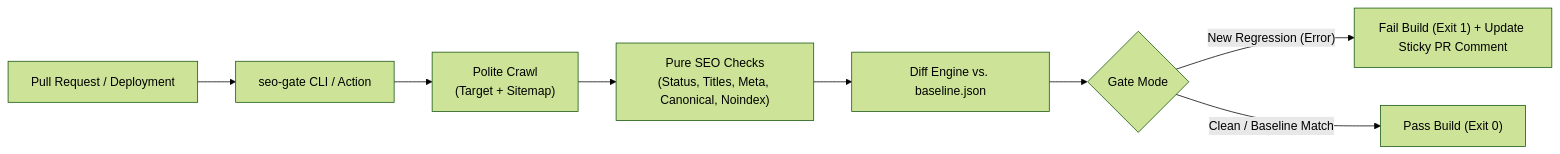
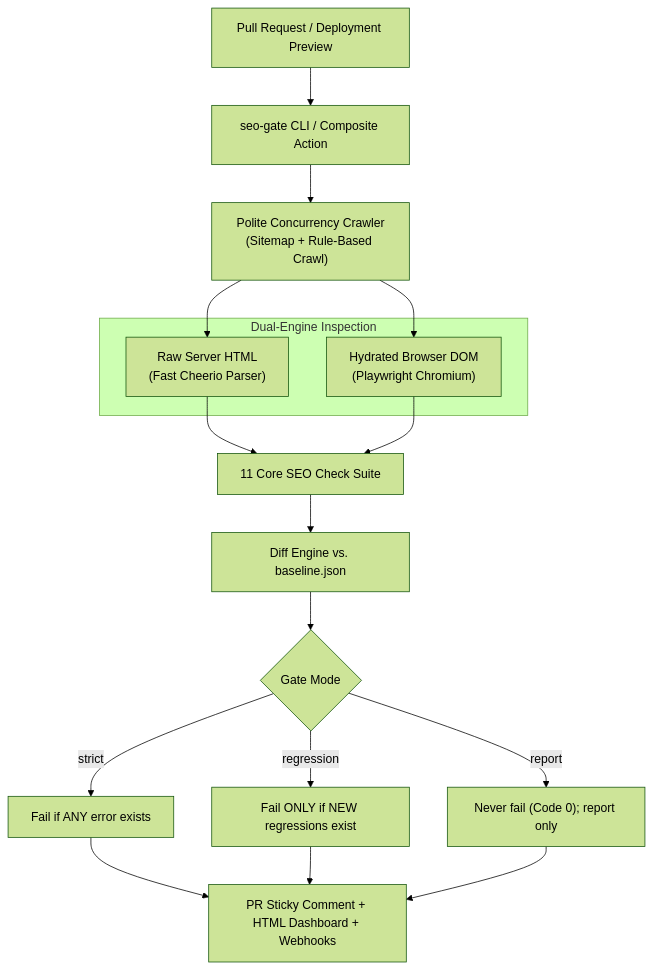
One commit to majhiiii/seo-gate changed the diagram in README.md. Above: the diagram before and after it, drawn with Mermaid (forest theme). The commit also changed other lines of this file and 1 other file, not shown here.

Commit message:
docs: elevate README with hero badges, comparison matrix, ASCII terminal preview, and quickstart

````diff
--- a/README.md
+++ b/README.md
@@ -35,10 +85,27 @@
 ```mermaid
-flowchart LR
-    A["Pull Request / Deployment"] --> B["seo-gate CLI / Action"]
-    B --> C["Polite Crawl\n(Target + Sitemap)"]
-    C --> D["Pure SEO Checks\n(Status, Titles, Meta, Canonical, Noindex)"]
-    D --> E["Diff Engine vs. baseline.json"]
-    E --> F{"Gate Mode"}
-    F -->|"New Regression (Error)"| G["Fail Build (Exit 1) + Update Sticky PR Comment"]
-    F -->|"Clean / Baseline Match"| H["Pass Build (Exit 0)"]
+flowchart TD
+    PR["Pull Request / Deployment Preview"] --> CLI["seo-gate CLI / Composite Action"]
+    CLI --> CRAWL["Polite Concurrency Crawler\n(Sitemap + Rule-Based Crawl)"]
+    
+    subgraph DUAL ["Dual-Engine Inspection"]
+        RAW["Raw Server HTML\n(Fast Cheerio Parser)"]
+        RENDER["Hydrated Browser DOM\n(Playwright Chromium)"]
+    end
+    
+    CRAWL --> RAW
+    CRAWL --> RENDER
+    
+    RAW --> CHECKS["11 Core SEO Check Suite"]
+    RENDER --> CHECKS
+    
+    CHECKS --> DIFF["Diff Engine vs. baseline.json"]
+    
+    DIFF --> MODE{"Gate Mode"}
+    MODE -->|"strict"| EVAL_STRICT["Fail if ANY error exists"]
+    MODE -->|"regression"| EVAL_REG["Fail ONLY if NEW regressions exist"]
+    MODE -->|"report"| EVAL_REP["Never fail (Code 0); report only"]
+    
+    EVAL_STRICT --> OUT["PR Sticky Comment + HTML Dashboard + Webhooks"]
+    EVAL_REG --> OUT
+    EVAL_REP --> OUT
 ```
````
